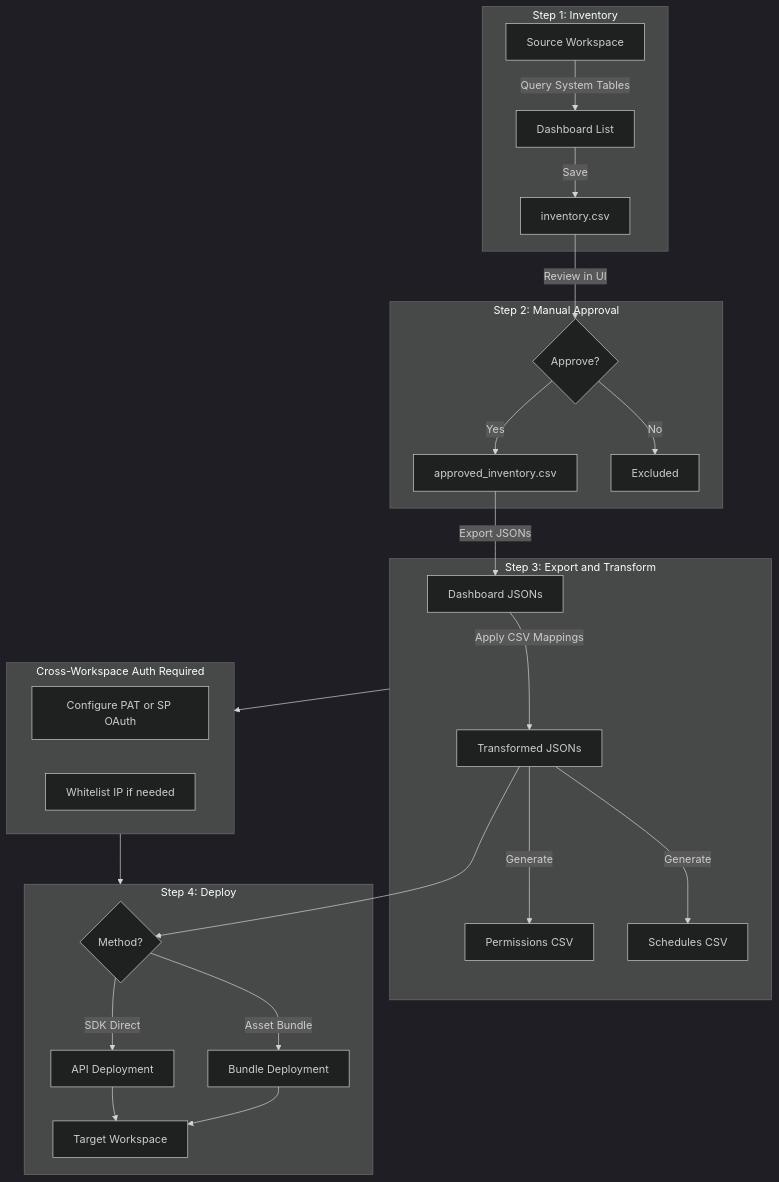
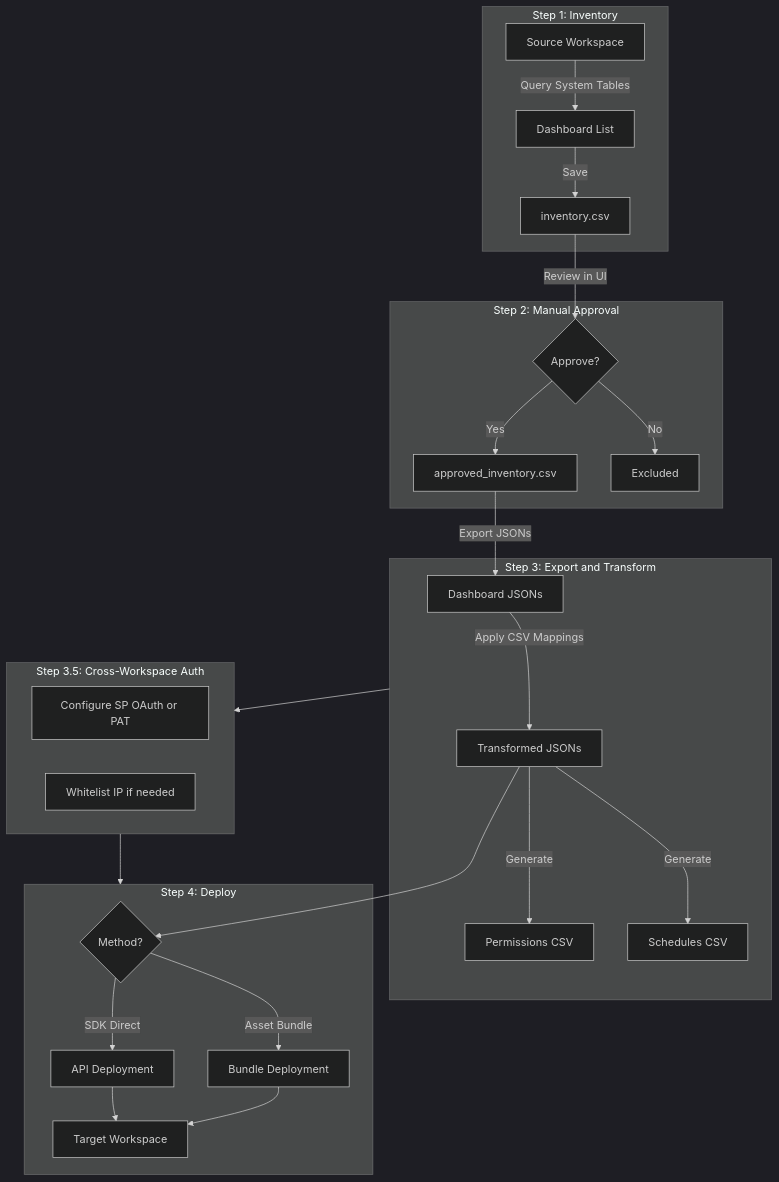
One commit to archana986/databricks-dashboard-migration changed the third of 3 diagrams in README.md. Above: the diagram before and after it, drawn with Mermaid (dark theme). The commit also changed other lines of this file, not shown here.

First line of the commit message:
Position SP OAuth as recommended auth method, PAT as alternative

````diff
--- a/README.md
+++ b/README.md
@@ -215,36 +231,36 @@
 ```mermaid
 flowchart TD
     subgraph step1 [Step 1: Inventory]
         A[Source Workspace] -->|Query System Tables| B[Dashboard List]
         B -->|Save| C[inventory.csv]
     end
     
     subgraph step2 [Step 2: Manual Approval]
         C -->|Review in UI| D{Approve?}
         D -->|Yes| E[approved_inventory.csv]
         D -->|No| F[Excluded]
     end
     
     subgraph step3 [Step 3: Export and Transform]
         E -->|Export JSONs| G[Dashboard JSONs]
         G -->|Apply CSV Mappings| H[Transformed JSONs]
         H -->|Generate| I[Permissions CSV]
         H -->|Generate| J[Schedules CSV]
     end
     
-    subgraph auth [Cross-Workspace Auth Required]
-        K[Configure PAT or SP OAuth]
+    subgraph auth [Step 3.5: Cross-Workspace Auth]
+        K[Configure SP OAuth or PAT]
         L[Whitelist IP if needed]
     end
     
     subgraph step4 [Step 4: Deploy]
         H --> M{Method?}
         M -->|SDK Direct| N[API Deployment]
         M -->|Asset Bundle| O[Bundle Deployment]
         N --> P[Target Workspace]
         O --> P
     end
     
     step3 --> auth
     auth --> step4
 ```
````
